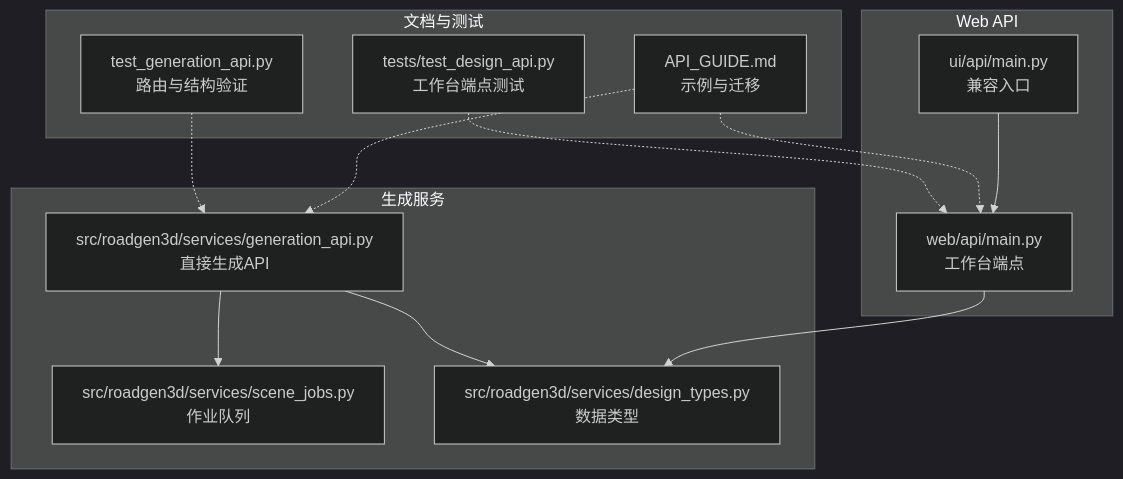
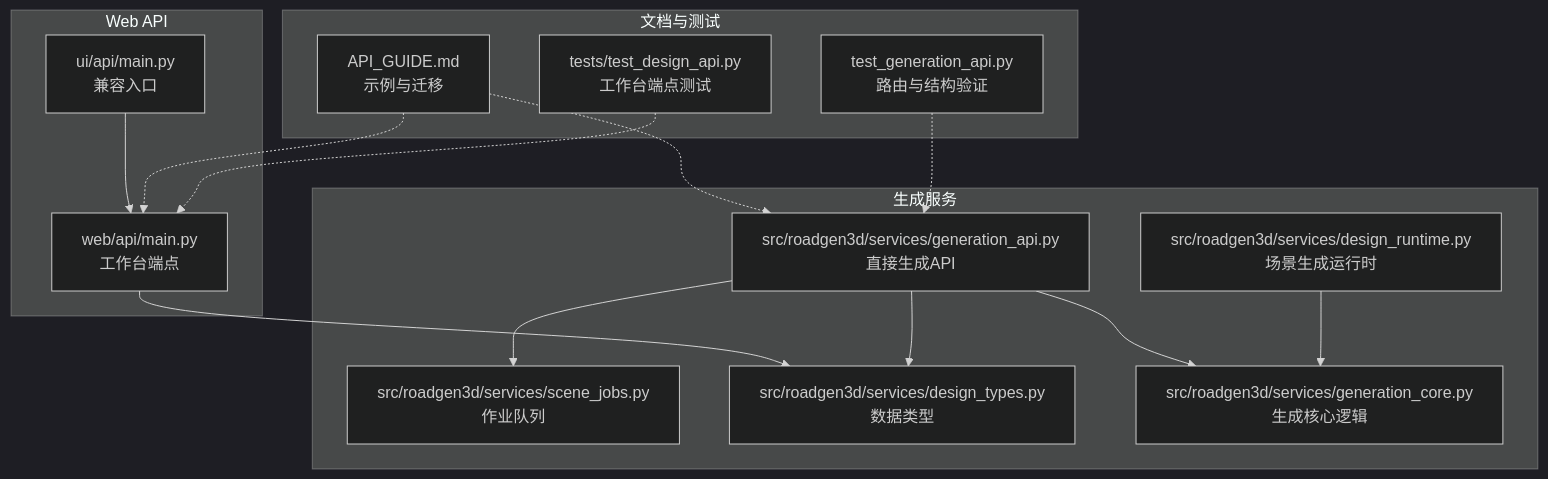
The first of 10 diagrams in .qoder/repowiki/zh/content/API接口参考/API接口参考.md (wsqstar/RoadGen3D), drawn with Mermaid (dark theme) before and after one commit. The commit also changed other lines of this file and 5 other files, not shown here.

````diff
--- a/.qoder/repowiki/zh/content/API接口参考/API接口参考.md
+++ b/.qoder/repowiki/zh/content/API接口参考/API接口参考.md
@@ -47,25 +54,29 @@
 ```mermaid
 graph TB
 subgraph "Web API"
 WA["web/api/main.py<br/>工作台端点"]
 UA["ui/api/main.py<br/>兼容入口"]
 end
 subgraph "生成服务"
 GA["src/roadgen3d/services/generation_api.py<br/>直接生成API"]
 SJ["src/roadgen3d/services/scene_jobs.py<br/>作业队列"]
 DT["src/roadgen3d/services/design_types.py<br/>数据类型"]
+DR["src/roadgen3d/services/design_runtime.py<br/>场景生成运行时"]
+GC["src/roadgen3d/services/generation_core.py<br/>生成核心逻辑"]
 end
 subgraph "文档与测试"
 DG["API_GUIDE.md<br/>示例与迁移"]
 TG["test_generation_api.py<br/>路由与结构验证"]
 TD["tests/test_design_api.py<br/>工作台端点测试"]
 end
 UA --> WA
 WA --> DT
 GA --> DT
 GA --> SJ
+GA --> GC
+DR --> GC
 DG -.-> WA
 DG -.-> GA
 TG -.-> GA
 TD -.-> WA
 ```
````
